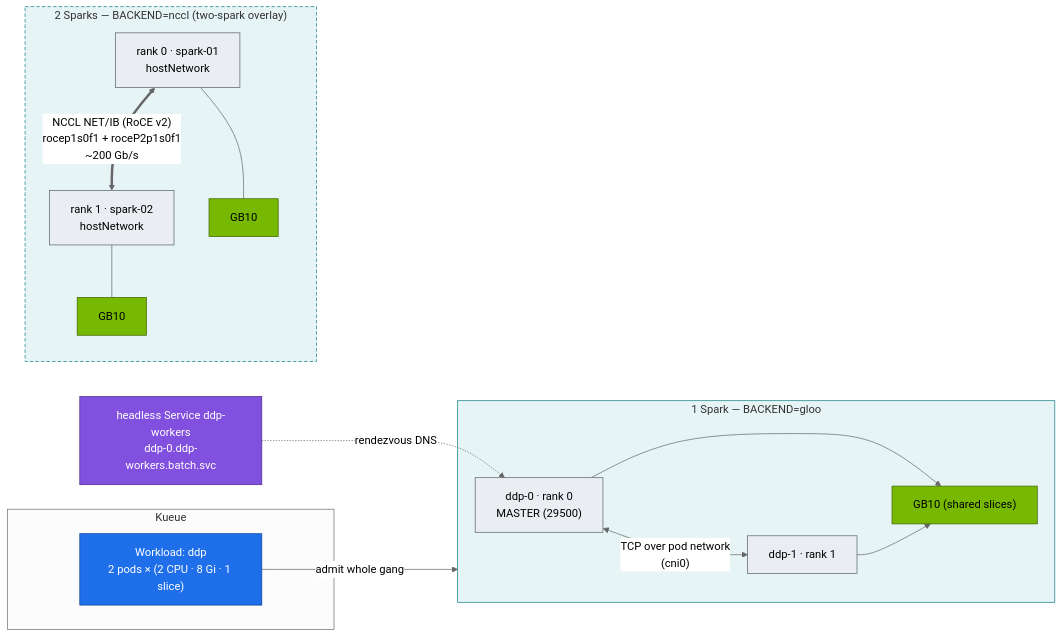
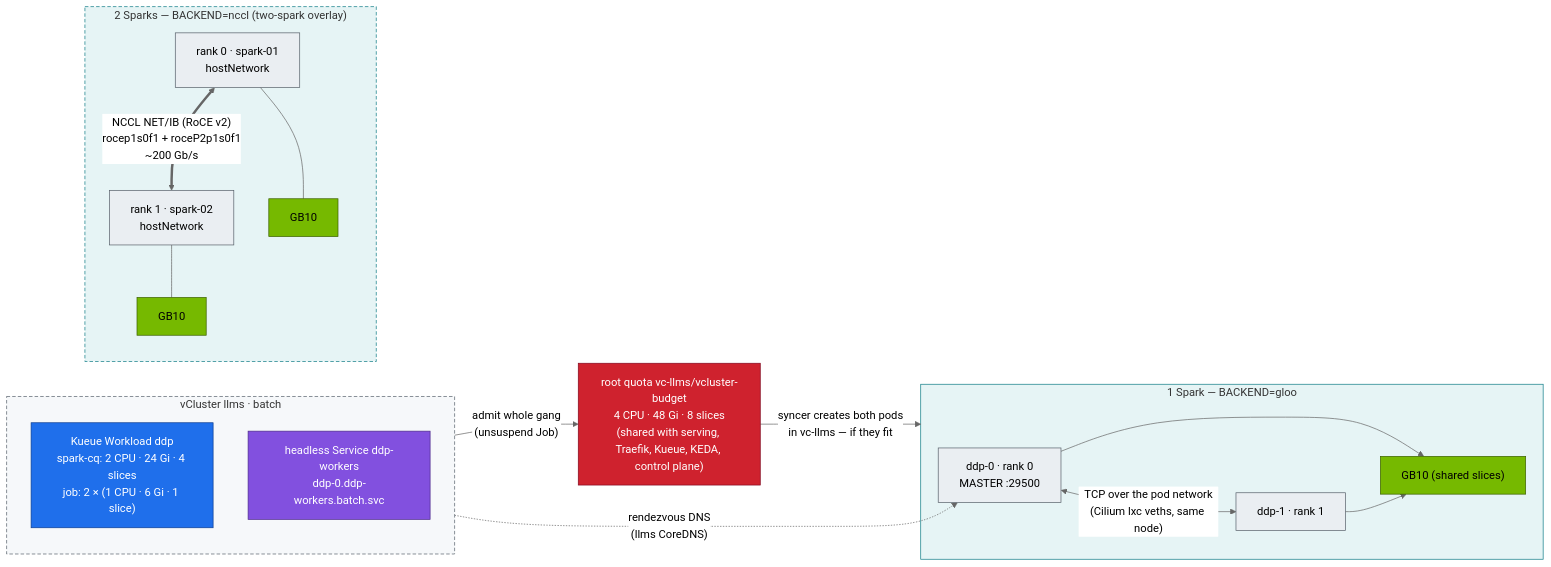
One commit to cloudone365/technical-depth changed the diagram in 02 Kubernetes/17-distributed-ai-training-and-nccl.md. Above: the diagram before and after it, drawn with Mermaid (neutral theme). The commit also changed other lines of this file and 53 other files, not shown here.

````diff
--- a/02 Kubernetes/17-distributed-ai-training-and-nccl.md
+++ b/02 Kubernetes/17-distributed-ai-training-and-nccl.md
@@ -36,27 +39,34 @@
 ```mermaid
 flowchart LR
-  subgraph KQ["Kueue"]
-    WL["Workload: ddp<br/>2 pods × (2 CPU · 8 Gi · 1 slice)"]
+  subgraph LLMS["vCluster llms · batch"]
+    direction TB
+    WL["Kueue Workload ddp<br/>spark-cq: 2 CPU · 24 Gi · 4 slices<br/>job: 2 × (1 CPU · 6 Gi · 1 slice)"]
+    HS["headless Service ddp-workers<br/>ddp-0.ddp-workers.batch.svc"]
   end
+  RQ["root quota vc-llms/vcluster-budget<br/>4 CPU · 48 Gi · 8 slices<br/>(shared with serving, Traefik, Kueue, KEDA, control plane)"]
   subgraph ONE["1 Spark — BACKEND=gloo"]
-    R0["ddp-0 · rank 0<br/>MASTER (29500)"] <-->|"TCP over pod network<br/>(cni0)"| R1["ddp-1 · rank 1"]
+    R0["ddp-0 · rank 0<br/>MASTER :29500"] <-->|"TCP over the pod network<br/>(Cilium lxc veths, same node)"| R1["ddp-1 · rank 1"]
     R0 & R1 --> G1["GB10 (shared slices)"]
   end
   subgraph TWO["2 Sparks — BACKEND=nccl (two-spark overlay)"]
     A0["rank 0 · spark-01<br/>hostNetwork"] <==>|"NCCL NET/IB (RoCE v2)<br/>rocep1s0f1 + roceP2p1s0f1<br/>~200 Gb/s"| A1["rank 1 · spark-02<br/>hostNetwork"]
     A0 --- GA["GB10"]
     A1 --- GB["GB10"]
   end
-  HS["headless Service ddp-workers<br/>ddp-0.ddp-workers.batch.svc"] -. "rendezvous DNS" .-> R0
-  WL -->|"admit whole gang"| ONE
+  WL -->|"admit whole gang<br/>(unsuspend Job)"| RQ
+  RQ -->|"syncer creates both pods<br/>in vc-llms — if they fit"| ONE
+  HS -. "rendezvous DNS<br/>(llms CoreDNS)" .-> R0
   classDef gpu fill:#76b900,stroke:#3d6000,color:#000
   classDef net fill:#8250df,stroke:#4c2889,color:#fff
   classDef ctrl fill:#1f6feb,stroke:#0b3d91,color:#fff
+  classDef sec fill:#cf222e,stroke:#82071e,color:#fff
   classDef tenant fill:#eaeef2,stroke:#57606a,color:#000
   class G1,GA,GB gpu
   class HS net
   class WL ctrl
+  class RQ sec
   class R0,R1,A0,A1 tenant
+  style LLMS fill:#f6f8fa,stroke:#57606a,stroke-dasharray:5 3
   style ONE fill:#e6f4f5,stroke:#0e7c86
   style TWO fill:#e6f4f5,stroke:#0e7c86,stroke-dasharray:5 3
 ```
````
